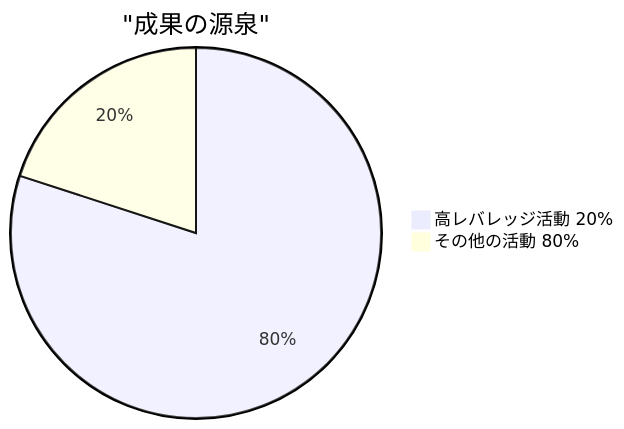
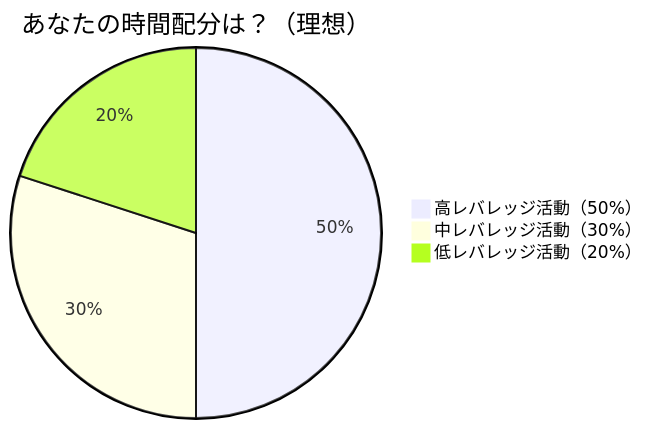
One commit to tndg16-bot/portfolio-site changed the fourth of 4 diagrams in content/blog/270-thinking-leverage-small-effort-big-results.md. Above: the diagram before and after it, drawn with Mermaid. The commit also changed other lines of this file and 44 other files, not shown here.

````diff
--- a/content/blog/270-thinking-leverage-small-effort-big-results.md
+++ b/content/blog/270-thinking-leverage-small-effort-big-results.md
@@ -61,5 +171,6 @@
 ```mermaid
-pie title "成果の源泉"
-    "高レバレッジ活動 20%" : 80
-    "その他の活動 80%" : 20
+pie title あなたの時間配分は？（理想）
+    "高レバレッジ活動（50%）" : 50
+    "中レバレッジ活動（30%）" : 30
+    "低レバレッジ活動（20%）" : 20
 ```
````
